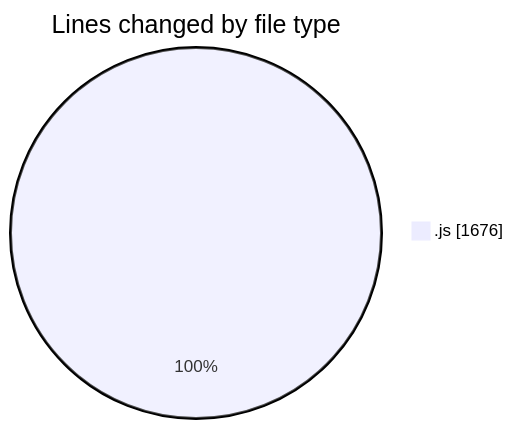
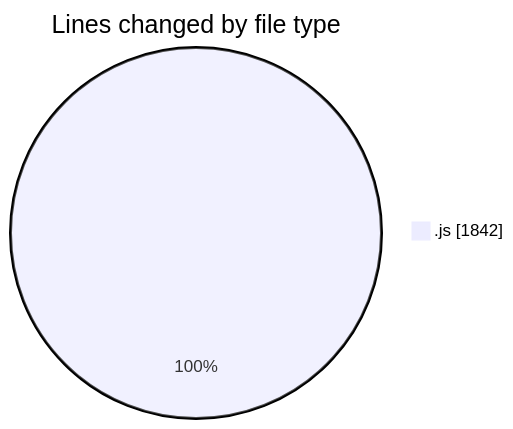
One commit to Ritupan-Deka/code-tracking changed the first of 2 diagrams in 2025-08-04/javascript/README.md. Above: the diagram before and after it, drawn with Mermaid. The commit also changed other lines of this file and 1 other file, not shown here.

````diff
--- a/2025-08-04/javascript/README.md
+++ b/2025-08-04/javascript/README.md
@@ -22,5 +23,5 @@
 ```mermaid
 pie showData
 title Lines changed by file type
-".js" : 1676
+".js" : 1842
 ```
````
